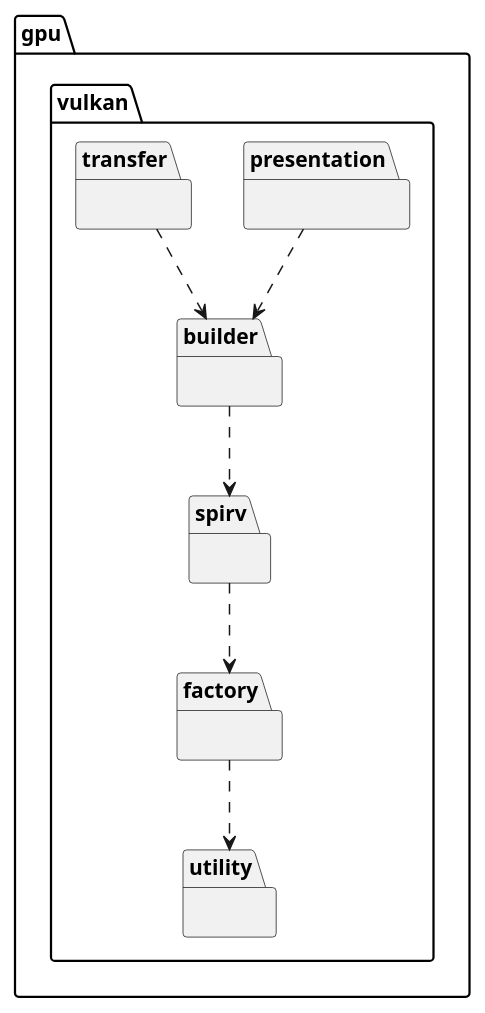
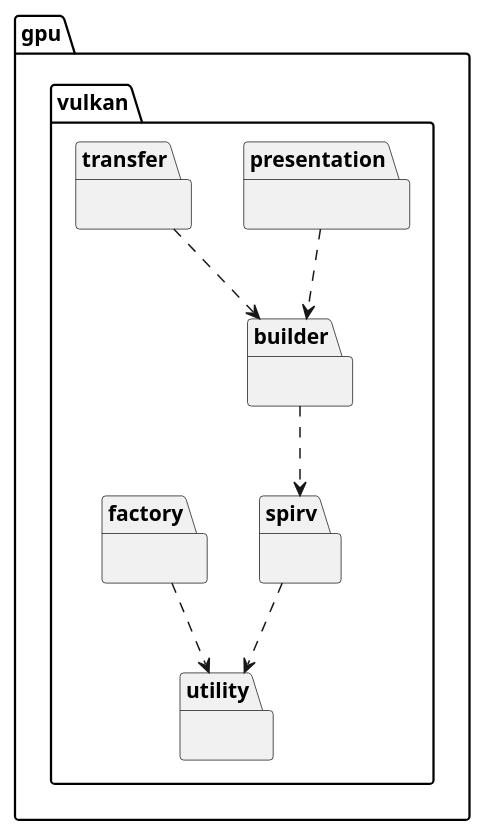
Before and after one commit to McNopper/Playground: the diagram in docs/diagrams/packages/package_gpu_vulkan.puml, drawn with PlantUML. The commit also changed 28 other files, not shown here.

```diff
--- a/docs/diagrams/packages/package_gpu_vulkan.puml
+++ b/docs/diagrams/packages/package_gpu_vulkan.puml
@@ -1,33 +1,33 @@
 @startuml Package vulkan
 
 package gpu {
 
   package vulkan {
 
     package presentation {}
 
     package transfer {}
 
     package builder {}
 
     package spirv {}
 
     package factory {}
 
     package utility {}
     
   }
 
 }
 
 gpu.vulkan.factory .d.> gpu.vulkan.utility
 
-gpu.vulkan.spirv .d.> gpu.vulkan.factory
+gpu.vulkan.spirv .d.> gpu.vulkan.utility
 
 gpu.vulkan.builder .d.> gpu.vulkan.spirv
 
 gpu.vulkan.presentation .d.> gpu.vulkan.builder
 
 gpu.vulkan.transfer .d.> gpu.vulkan.builder
 
 @enduml
```
